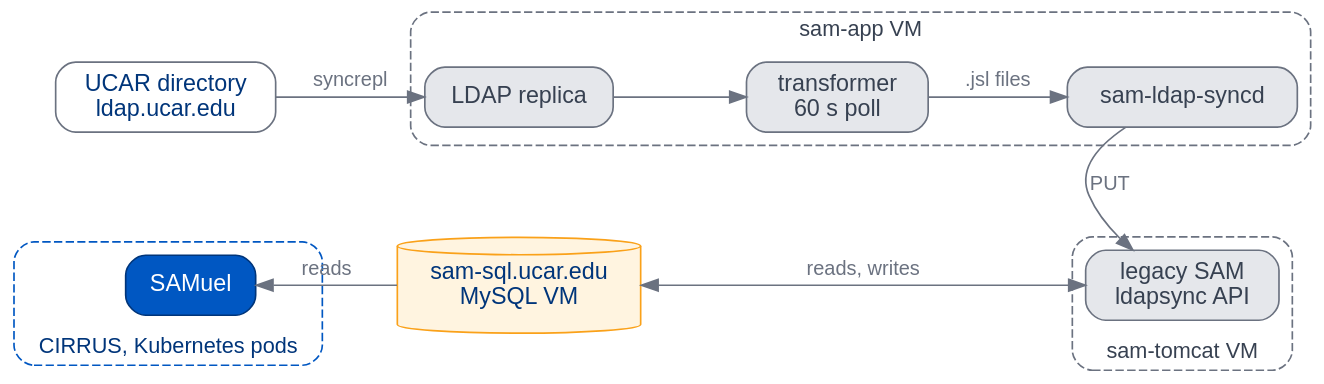
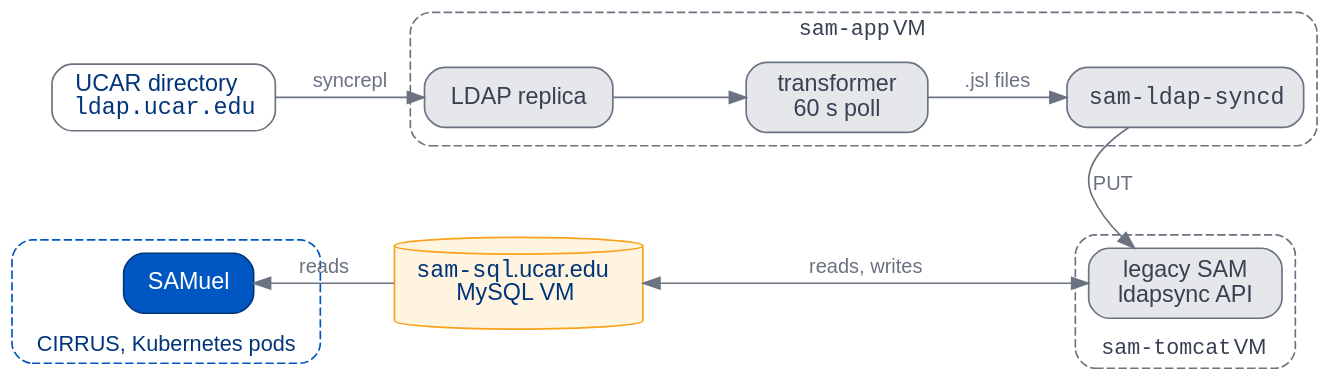
Before and after one commit to benkirk/sam-queries: the third of 6 diagrams in docs/presentations/samuel/_4-systems.qmd, drawn with Graphviz. The commit also changed other lines of this file and 63 other files, not shown here.

````diff
--- a/docs/presentations/samuel/_4-systems.qmd
+++ b/docs/presentations/samuel/_4-systems.qmd
@@ -201,39 +202,39 @@
 ```{dot}
 //| fig-width: 10
 digraph Identity {
   graph [rankdir=TB, newrank=true, nodesep=0.55, ranksep=0.7, bgcolor="transparent",
          fontname="Helvetica", fontsize=13, fontcolor="#374151"];
   node  [shape=box, style="rounded,filled", fontname="Helvetica", fontsize=14,
          fillcolor="#E5E7EB", color="#6B7280", fontcolor="#374151", margin="0.18,0.08"];
   edge  [fontname="Helvetica", fontsize=12, color="#6B7280", fontcolor="#6B7280"];
-  dir    [label="UCAR directory\nldap.ucar.edu", fillcolor="#FFFFFF", fontcolor="#00357A"];
+  dir    [label=<UCAR directory<BR/><FONT FACE="Courier">ldap.ucar.edu</FONT>>, fillcolor="#FFFFFF", fontcolor="#00357A"];
   subgraph cluster_app {
-    label="sam-app VM"; style="rounded,dashed"; color="#6B7280";
+    label=<<FONT FACE="Courier">sam-app</FONT>&#160;VM>; style="rounded,dashed"; color="#6B7280";
     repl  [label="LDAP replica"];
     xf    [label="transformer\n60 s poll"];
-    syncd [label="sam-ldap-syncd"];
+    syncd [label=<<FONT FACE="Courier">sam-ldap-syncd</FONT>>];
   }
   subgraph cluster_tomcat {
-    label="sam-tomcat VM"; labelloc=b; style="rounded,dashed"; color="#6B7280";
+    label=<<FONT FACE="Courier">sam-tomcat</FONT>&#160;VM>; labelloc=b; style="rounded,dashed"; color="#6B7280";
     tomcat [label="legacy SAM\nldapsync API"];
   }
-  sql    [label="sam-sql.ucar.edu\nMySQL VM", shape=cylinder, fillcolor="#FFF4E0",
+  sql    [label=<<FONT FACE="Courier">sam-sql</FONT>.ucar.edu<BR/>MySQL VM>, shape=cylinder, fillcolor="#FFF4E0",
           color="#FAA119", fontcolor="#00357A"];
   subgraph cluster_cirrus {
     label="CIRRUS, Kubernetes pods"; labelloc=b; style="rounded,dashed"; color="#0057C2";
     fontcolor="#00357A";
     samuel [label="SAMuel", fillcolor="#0057C2", color="#00357A", fontcolor="#FFFFFF"];
   }
   {rank=same; dir; repl; xf; syncd}
   {rank=same; samuel; sql; tomcat}
   dir -> repl [label="syncrepl"];
   repl -> xf;
   xf -> syncd [label=".jsl files"];
   syncd -> tomcat [label="PUT"];
   samuel -> sql [dir=back, label="reads"];
   sql -> tomcat [dir=both, label="reads, writes"];
   dir -> samuel [style=invis];
   repl -> sql [style=invis];
   syncd -> tomcat [style=invis, weight=5];
 }
 ```
````
